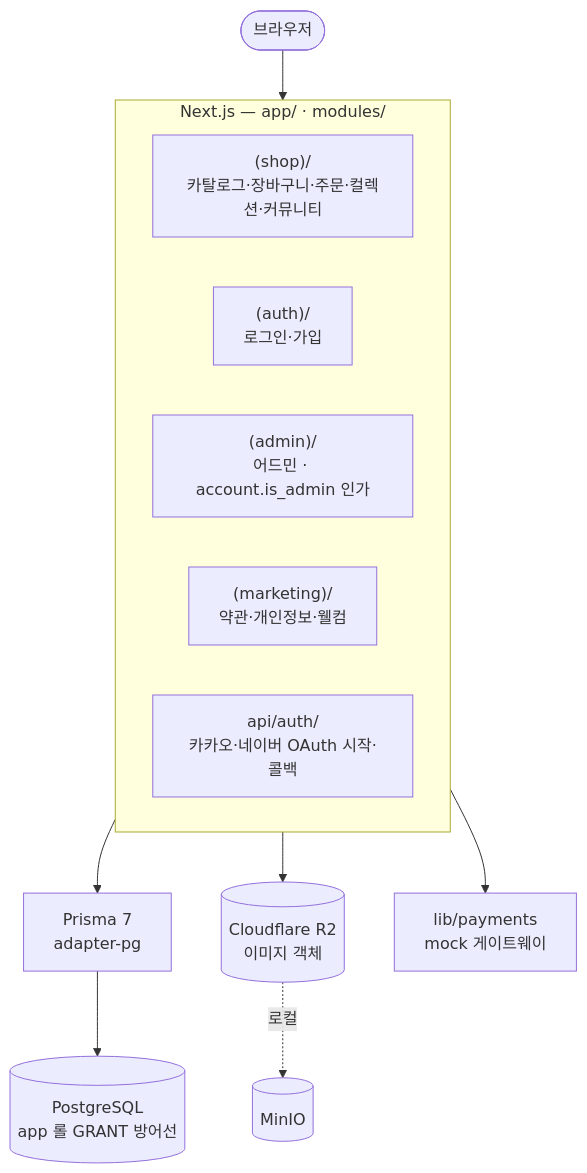
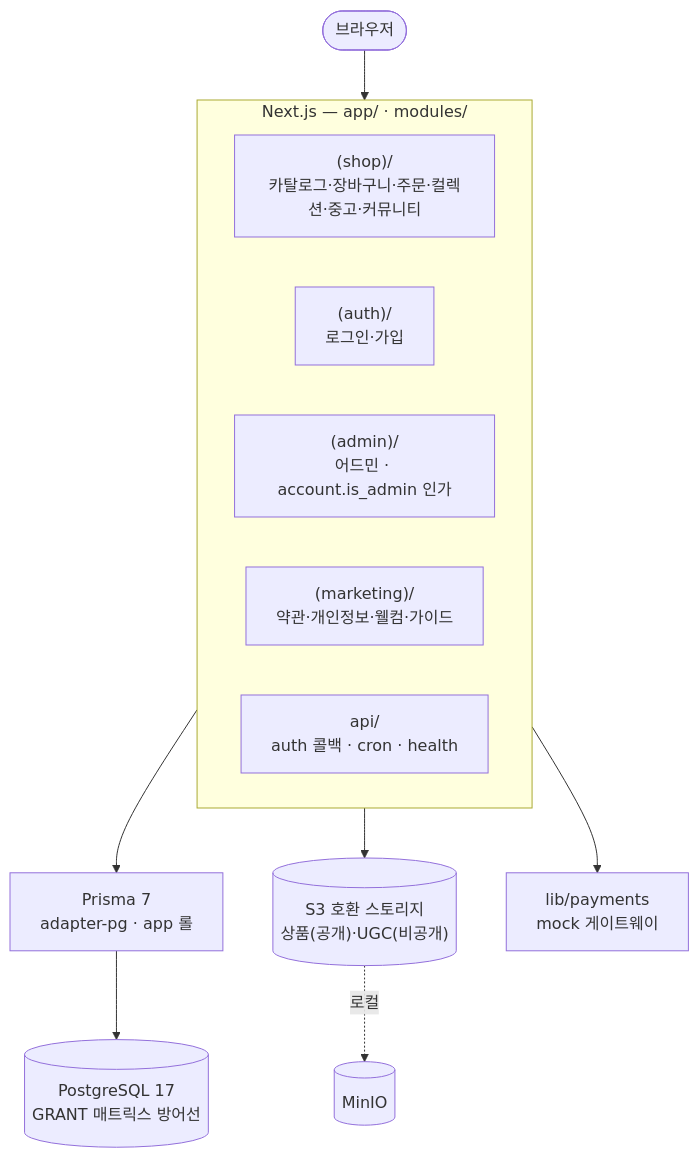
Before and after one commit to CobyApp/iroiro: the diagram in README.md, drawn with Mermaid. The commit also changed other lines of this file and 96 other files, not shown here.

````diff
--- a/README.md
+++ b/README.md
@@ -7,21 +7,21 @@
 ```mermaid
 flowchart TD
     Browser(["브라우저"])
 
     subgraph App ["Next.js — app/ · modules/"]
-        Shop["(shop)/<br/>카탈로그·장바구니·주문·컬렉션·커뮤니티"]
+        Shop["(shop)/<br/>카탈로그·장바구니·주문·컬렉션·중고·커뮤니티"]
         Auth["(auth)/<br/>로그인·가입"]
         Admin["(admin)/<br/>어드민 · account.is_admin 인가"]
-        Mkt["(marketing)/<br/>약관·개인정보·웰컴"]
-        ApiAuth["api/auth/<br/>카카오·네이버 OAuth 시작·콜백"]
+        Mkt["(marketing)/<br/>약관·개인정보·웰컴·가이드"]
+        Api["api/<br/>auth 콜백 · cron · health"]
     end
 
     Browser --> App
 
-    App --> Prisma["Prisma 7<br/>adapter-pg"]
-    App --> R2[("Cloudflare R2<br/>이미지 객체")]
+    App --> Prisma["Prisma 7<br/>adapter-pg · app 롤"]
+    App --> S3[("S3 호환 스토리지<br/>상품(공개)·UGC(비공개)")]
     App --> Pay["lib/payments<br/>mock 게이트웨이"]
 
-    Prisma --> PG[("PostgreSQL<br/>app 롤 GRANT 방어선")]
-    R2 -. 로컬 .-> MinIO[("MinIO")]
+    Prisma --> PG[("PostgreSQL 17<br/>GRANT 매트릭스 방어선")]
+    S3 -. 로컬 .-> MinIO[("MinIO")]
 ```
````
